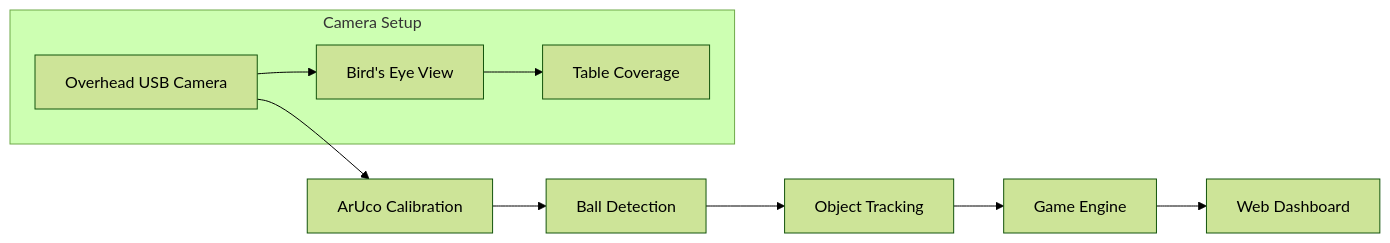
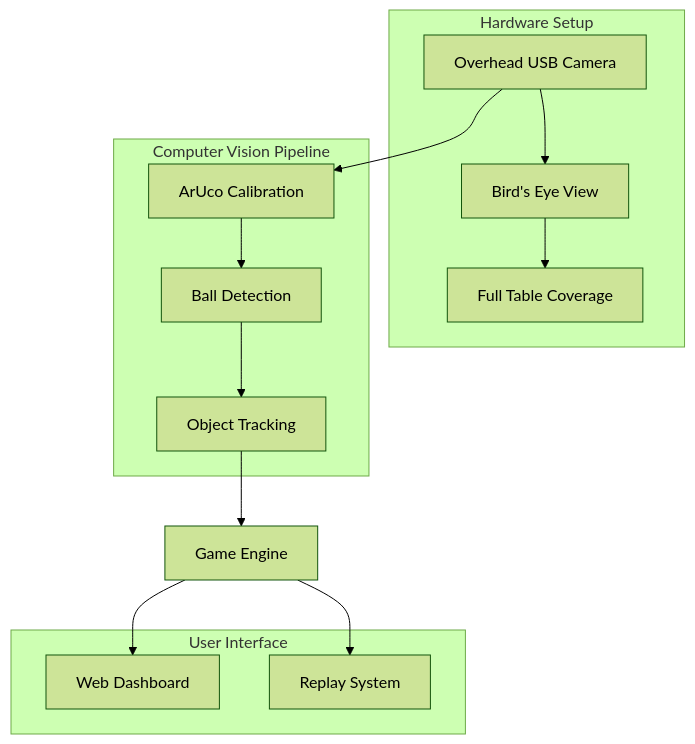
The diagram in docs/index.md (mrwogu/PoolMind), drawn with Mermaid (forest theme) before and after one commit. The commit also changed other lines of this file, not shown here.

Commit message:
fix: correct malformed mermaid diagram in system overview
- Fixed broken mermaid syntax causing rendering issues
- Changed from LR to TD layout for better readability
- Added logical grouping with subgraphs for different components
- Removed duplicate and malformed diagram elements

````diff
--- a/docs/index.md
+++ b/docs/index.md
@@ -43,13 +43,25 @@
 ```mermaid
-graph LR
+graph TD
     A[Overhead USB Camera] --> B[ArUco Calibration]
     B --> C[Ball Detection]
     C --> D[Object Tracking]
     D --> E[Game Engine]
     E --> F[Web Dashboard]
+    E --> G[Replay System]
 
-    subgraph "Camera Setup"
-        A --> G[Bird's Eye View]
-        G --> H[Table Coverage]
+    subgraph "Hardware Setup"
+        A --> H[Bird's Eye View]
+        H --> I[Full Table Coverage]
+    end
+
+    subgraph "Computer Vision Pipeline"
+        B
+        C
+        D
+    end
+
+    subgraph "User Interface"
+        F
+        G
     end
 ```
````
